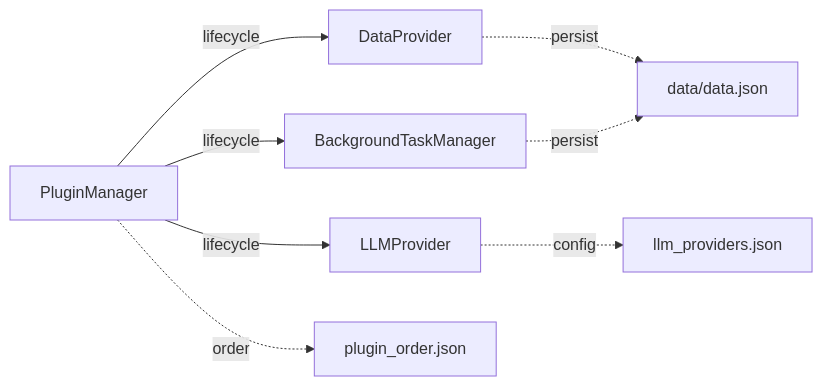
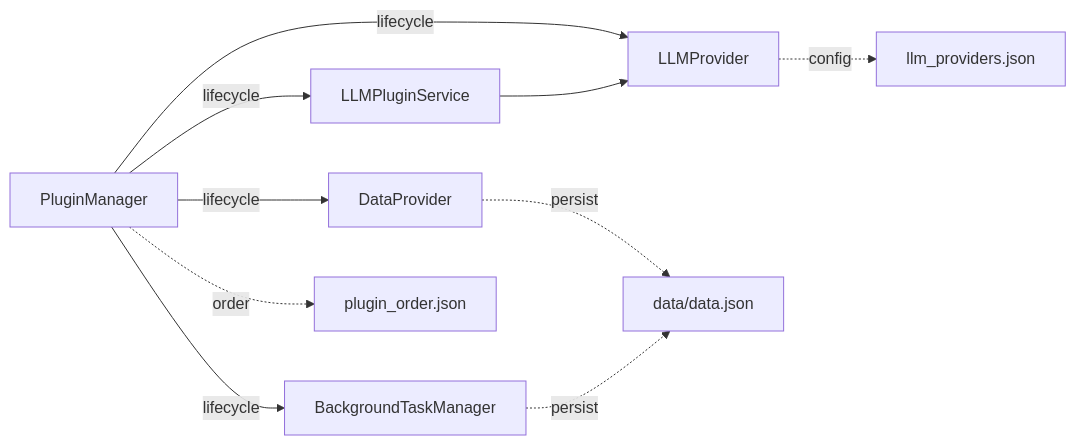
The second of 14 diagrams in docs/architecture/full-analysis.md (KKPIP-Tech/InstructionX), drawn with Mermaid before and after one commit. The commit also changed other lines of this file and 21 other files, not shown here.

First line of the commit message:
docs: 同步文档与代码（LLM Provider / UI / 接口 / 架构）

````diff
--- a/docs/architecture/full-analysis.md
+++ b/docs/architecture/full-analysis.md
@@ -159,14 +165,13 @@
 ```mermaid
 graph LR
-    PM["PluginManager"] -->|lifecycle| DP["DataProvider"]
-    PM -->|lifecycle| BTM["BackgroundTaskManager"]
-    PM -->|lifecycle| LLMP["LLMProvider"]
+    PM[PluginManager] -->|lifecycle| DP[DataProvider]
+    PM -->|lifecycle| BTM[BackgroundTaskManager]
+    PM -->|lifecycle| LLMP[LLMProvider]
+    PM -->|lifecycle| LLMS[LLMPluginService]
 
-    DP -.->|persist| storage["data/data.json"]
-
+    DP -.->|persist| storage[data/data.json]
     BTM -.->|persist| storage
-
-    LLMP -.->|config| llmcfg["llm_providers.json"]
-
-    PM -.->|order| porder["plugin_order.json"]
+    LLMP -.->|config| llmcfg[llm_providers.json]
+    LLMS --> LLMP
+    PM -.->|order| porder[plugin_order.json]
 ```
````
